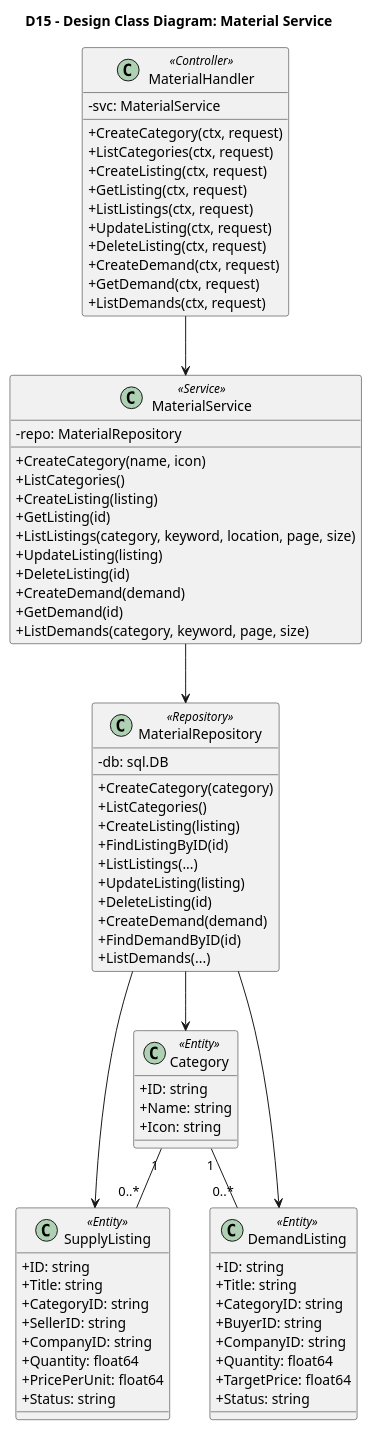
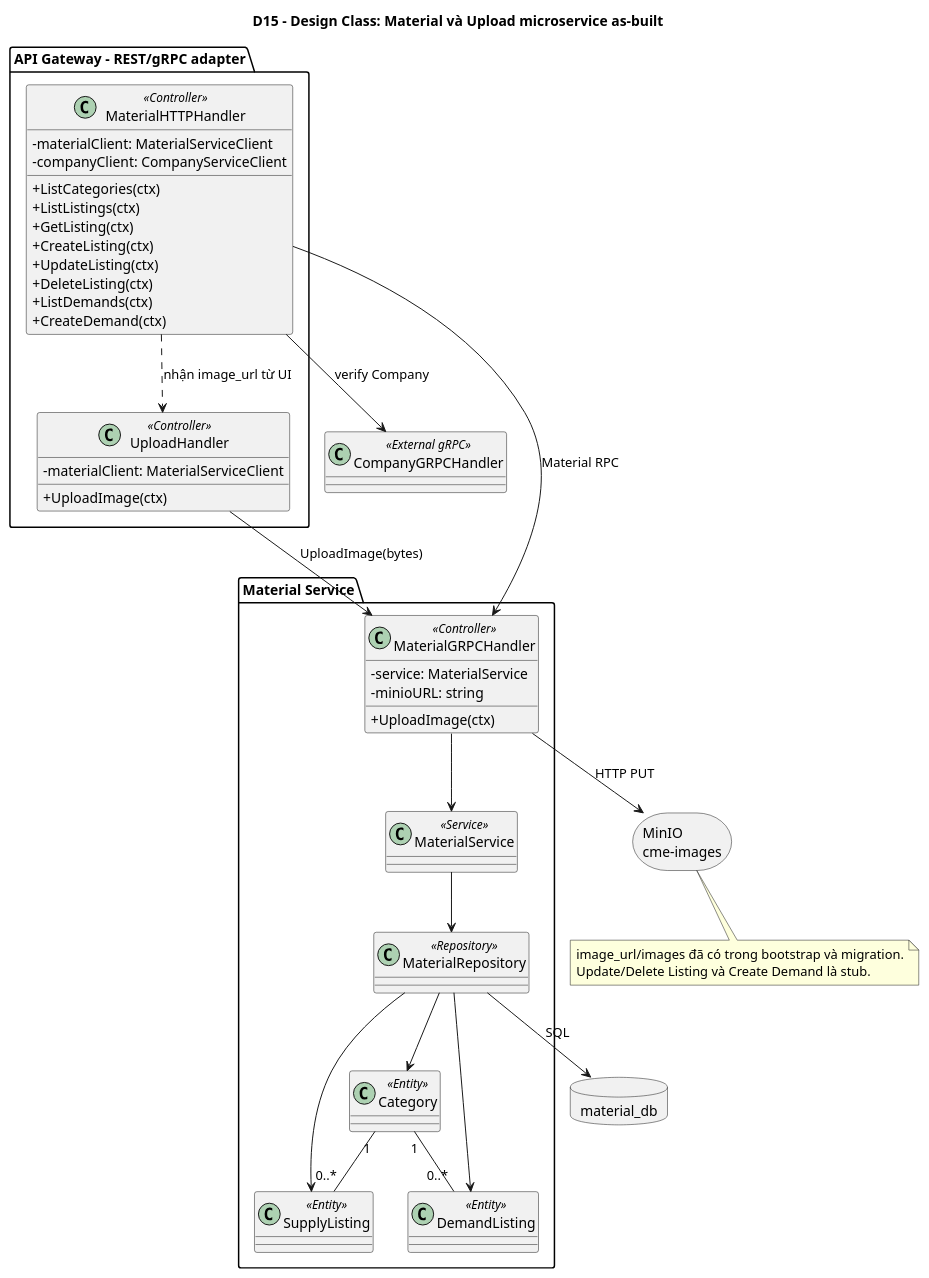
One commit to NguyetNgaLe/Circular-Materials-Exchange changed the diagram in project-submission/04-diagrams/chapter-04-design/D15-material-design-class.puml. Above: the diagram before and after it, drawn with PlantUML. The commit also changed other lines of this file and 129 other files, not shown here.

```diff
--- a/project-submission/04-diagrams/chapter-04-design/D15-material-design-class.puml
+++ b/project-submission/04-diagrams/chapter-04-design/D15-material-design-class.puml
@@ -1,82 +1,62 @@
 @startuml
-title D15 - Design Class Diagram: Material Service
+allowmixing
+title D15 - Design Class: Material và Upload microservice as-built
 skinparam classAttributeIconSize 0
 
-class MaterialHandler <<Controller>> {
-  -svc: MaterialService
-  +CreateCategory(ctx, request)
-  +ListCategories(ctx, request)
-  +CreateListing(ctx, request)
-  +GetListing(ctx, request)
-  +ListListings(ctx, request)
-  +UpdateListing(ctx, request)
-  +DeleteListing(ctx, request)
-  +CreateDemand(ctx, request)
-  +GetDemand(ctx, request)
-  +ListDemands(ctx, request)
+package "API Gateway - REST/gRPC adapter" {
+  class MaterialHTTPHandler <<Controller>> {
+    -materialClient: MaterialServiceClient
+    -companyClient: CompanyServiceClient
+    +ListCategories(ctx)
+    +ListListings(ctx)
+    +GetListing(ctx)
+    +CreateListing(ctx)
+    +UpdateListing(ctx)
+    +DeleteListing(ctx)
+    +ListDemands(ctx)
+    +CreateDemand(ctx)
+  }
+
+  class UploadHandler <<Controller>> {
+    -materialClient: MaterialServiceClient
+    +UploadImage(ctx)
+  }
 }
 
-class MaterialService <<Service>> {
-  -repo: MaterialRepository
-  +CreateCategory(name, icon)
-  +ListCategories()
-  +CreateListing(listing)
-  +GetListing(id)
-  +ListListings(category, keyword, location, page, size)
-  +UpdateListing(listing)
-  +DeleteListing(id)
-  +CreateDemand(demand)
-  +GetDemand(id)
-  +ListDemands(category, keyword, page, size)
+package "Material Service" {
+  class MaterialGRPCHandler <<Controller>> {
+    -service: MaterialService
+    -minioURL: string
+    +UploadImage(ctx)
+  }
+  class MaterialService <<Service>>
+  class MaterialRepository <<Repository>>
+  class Category <<Entity>>
+  class SupplyListing <<Entity>>
+  class DemandListing <<Entity>>
+
+  MaterialGRPCHandler --> MaterialService
+  MaterialService --> MaterialRepository
+  MaterialRepository --> Category
+  MaterialRepository --> SupplyListing
+  MaterialRepository --> DemandListing
+  Category "1" -- "0..*" SupplyListing
+  Category "1" -- "0..*" DemandListing
 }
 
-class MaterialRepository <<Repository>> {
-  -db: sql.DB
-  +CreateCategory(category)
-  +ListCategories()
-  +CreateListing(listing)
-  +FindListingByID(id)
-  +ListListings(...)
-  +UpdateListing(listing)
-  +DeleteListing(id)
-  +CreateDemand(demand)
-  +FindDemandByID(id)
-  +ListDemands(...)
-}
+database "material_db" as MaterialDB
+class CompanyGRPCHandler <<External gRPC>>
+storage "MinIO\ncme-images" as MinIO
 
-class Category <<Entity>> {
-  +ID: string
-  +Name: string
-  +Icon: string
-}
+MaterialHTTPHandler --> MaterialGRPCHandler : Material RPC
+MaterialHTTPHandler --> CompanyGRPCHandler : verify Company
+UploadHandler --> MaterialGRPCHandler : UploadImage(bytes)
+MaterialRepository --> MaterialDB : SQL
+MaterialGRPCHandler --> MinIO : HTTP PUT
+MaterialHTTPHandler ..> UploadHandler : nhận image_url từ UI
 
-class SupplyListing <<Entity>> {
-  +ID: string
-  +Title: string
-  +CategoryID: string
-  +SellerID: string
-  +CompanyID: string
-  +Quantity: float64
-  +PricePerUnit: float64
-  +Status: string
-}
-
-class DemandListing <<Entity>> {
-  +ID: string
-  +Title: string
-  +CategoryID: string
-  +BuyerID: string
-  +CompanyID: string
-  +Quantity: float64
-  +TargetPrice: float64
-  +Status: string
-}
-
-MaterialHandler --> MaterialService
-MaterialService --> MaterialRepository
-MaterialRepository --> Category
-MaterialRepository --> SupplyListing
-MaterialRepository --> DemandListing
-Category "1" -- "0..*" SupplyListing
-Category "1" -- "0..*" DemandListing
+note bottom
+  image_url/images đã có trong bootstrap và migration.
+  Update/Delete Listing và Create Demand là stub.
+end note
 @enduml
```
